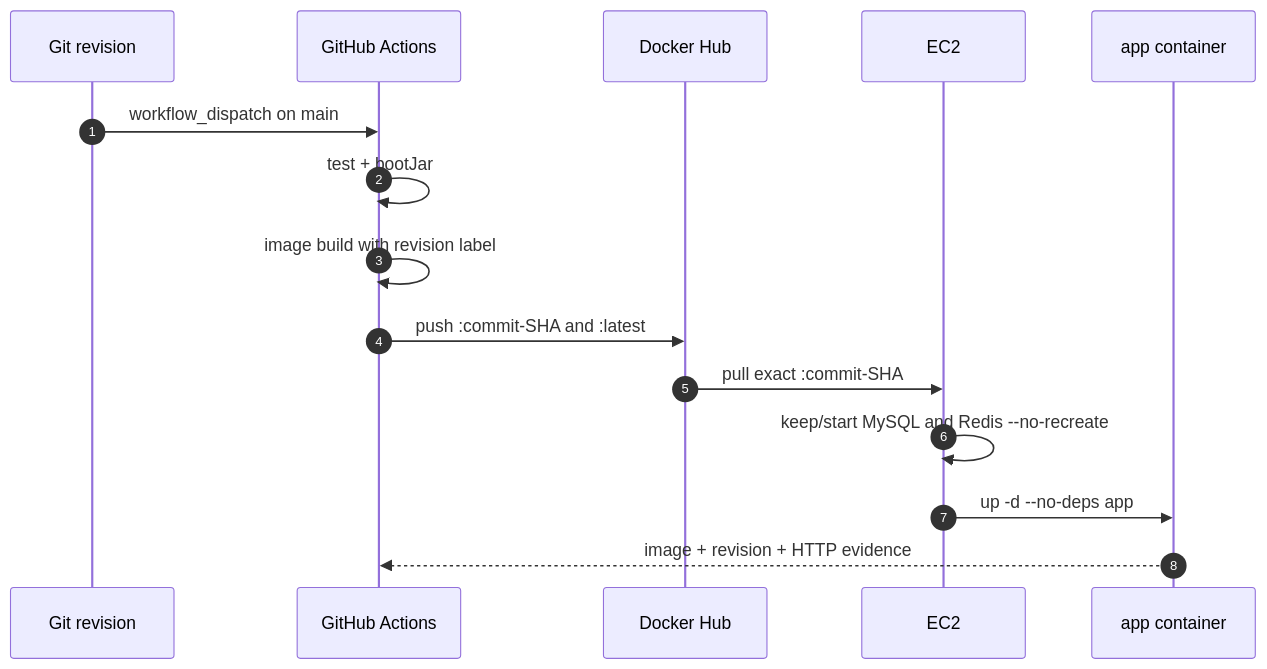
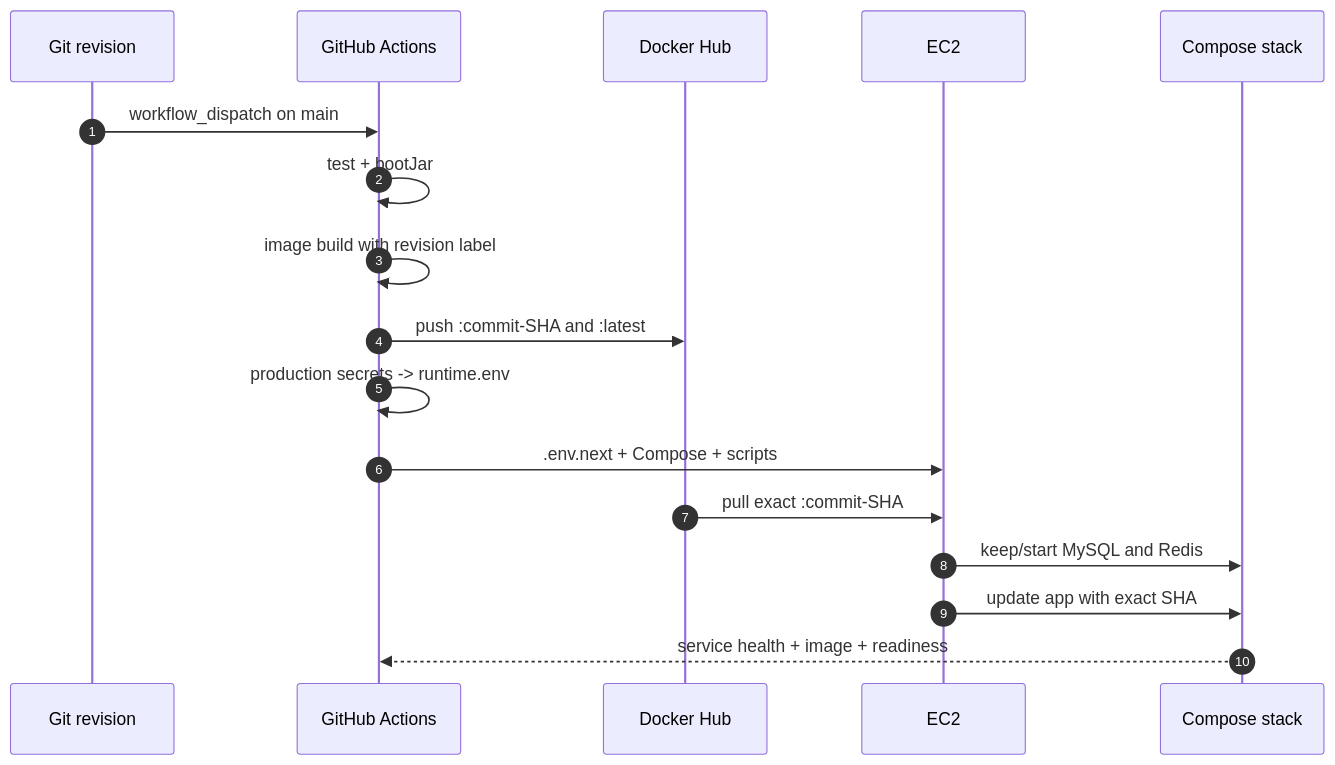
Before and after one commit to stdiodh/spring-boot-cicd-deployment-lab: the second of 2 diagrams in docs/theory.md, drawn with Mermaid. The commit also changed other lines of this file and 11 other files, not shown here.

````diff
--- a/docs/theory.md
+++ b/docs/theory.md
@@ -87,18 +89,20 @@
 ```mermaid
 sequenceDiagram
     autonumber
     participant Git as Git revision
     participant CI as GitHub Actions
     participant Hub as Docker Hub
     participant EC2 as EC2
-    participant App as app container
+    participant Stack as Compose stack
 
     Git->>CI: workflow_dispatch on main
     CI->>CI: test + bootJar
     CI->>CI: image build with revision label
     CI->>Hub: push :commit-SHA and :latest
+    CI->>CI: production secrets -> runtime.env
+    CI->>EC2: .env.next + Compose + scripts
     Hub->>EC2: pull exact :commit-SHA
-    EC2->>EC2: keep/start MySQL and Redis --no-recreate
-    EC2->>App: up -d --no-deps app
-    App-->>CI: image + revision + HTTP evidence
+    EC2->>Stack: keep/start MySQL and Redis
+    EC2->>Stack: update app with exact SHA
+    Stack-->>CI: service health + image + readiness
 ```
````
